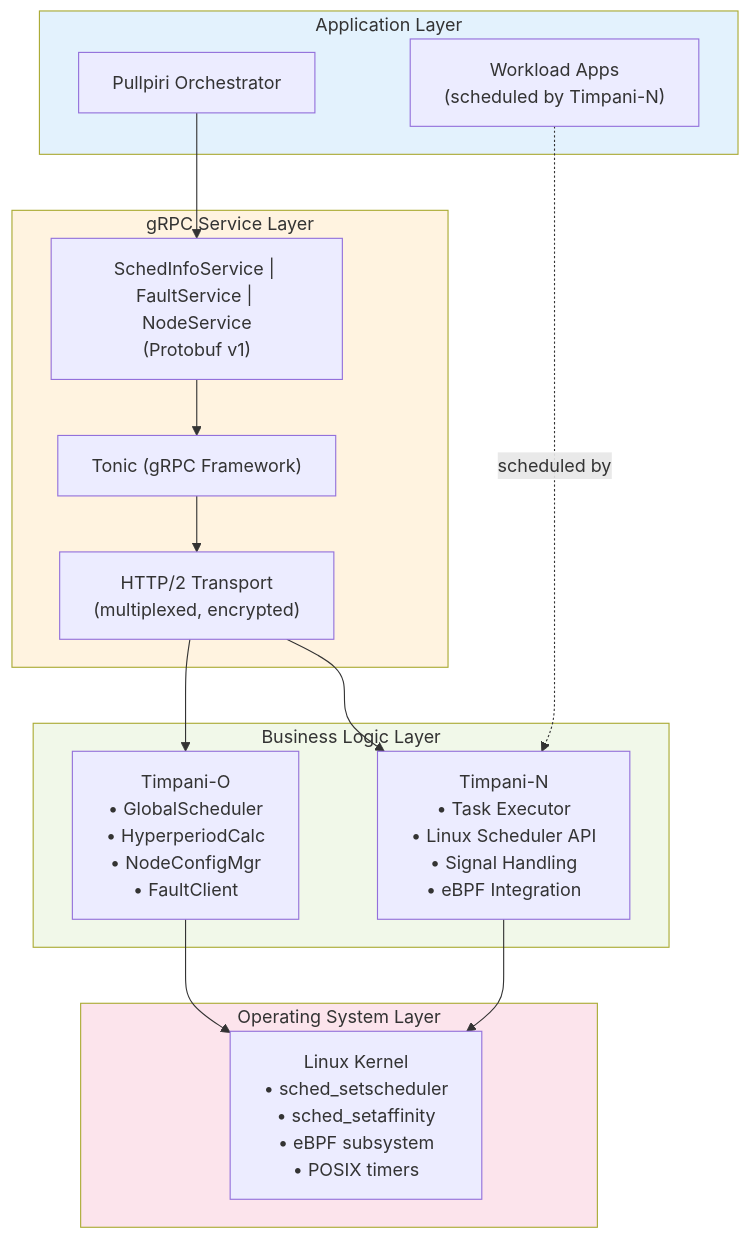
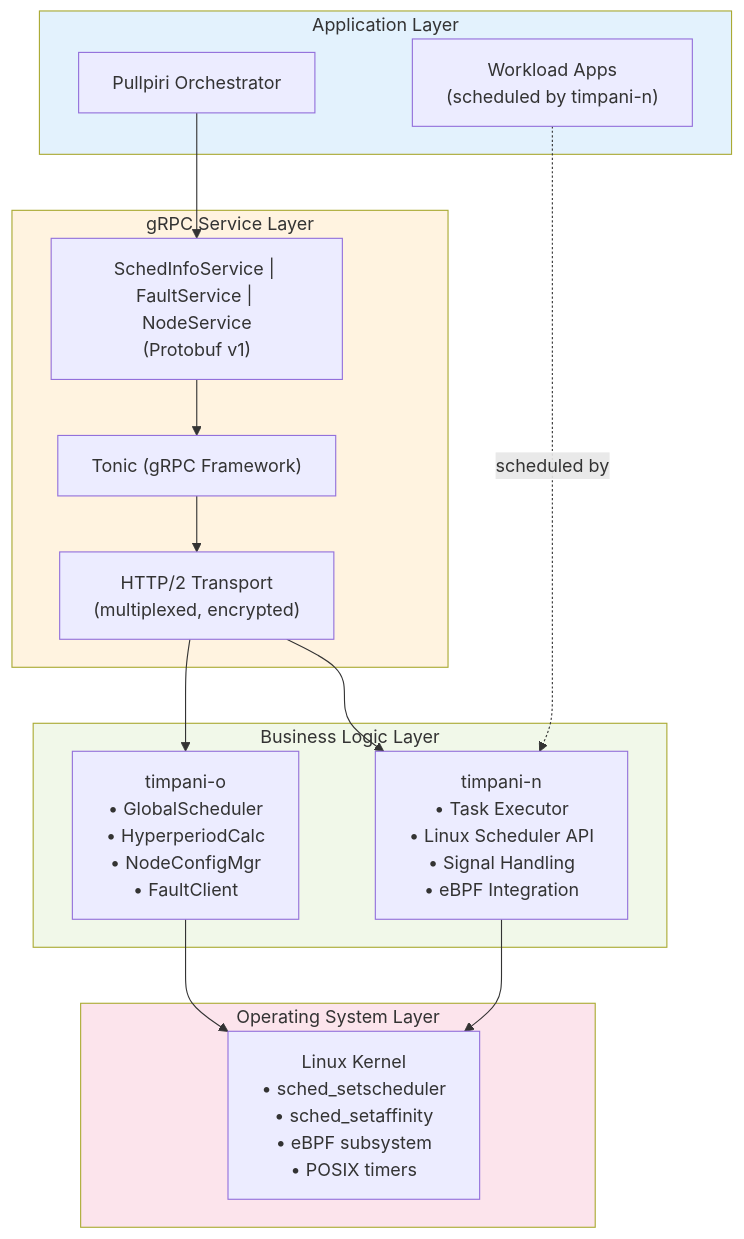
Before and after one commit to akshaylg0314/timpani-akshay: the fourth of 9 diagrams in doc/architecture/grpc_architecture.md, drawn with Mermaid. The commit also changed other lines of this file and 4 other files, not shown here.

Commit message:
docs: update documentation to standardize phases to steps in development and migration roadmaps

````diff
--- a/doc/architecture/grpc_architecture.md
+++ b/doc/architecture/grpc_architecture.md
@@ -217,36 +213,36 @@
 ```mermaid
 graph TD
     subgraph AppLayer["Application Layer"]
         Pullpiri["Pullpiri Orchestrator"]
-        WorkloadApps["Workload Apps<br/>(scheduled by Timpani-N)"]
+        WorkloadApps["Workload Apps<br/>(scheduled by timpani-n)"]
     end
 
     subgraph gRPCLayer["gRPC Service Layer"]
         Services["SchedInfoService | FaultService | NodeService<br/>(Protobuf v1)"]
         Tonic["Tonic (gRPC Framework)"]
         HTTP2["HTTP/2 Transport<br/>(multiplexed, encrypted)"]
         Services --> Tonic
         Tonic --> HTTP2
     end
 
     subgraph BusinessLayer["Business Logic Layer"]
-        TimpaniO["Timpani-O<br/>• GlobalScheduler<br/>• HyperperiodCalc<br/>• NodeConfigMgr<br/>• FaultClient"]
-        TimpaniN["Timpani-N<br/>• Task Executor<br/>• Linux Scheduler API<br/>• Signal Handling<br/>• eBPF Integration"]
+        TimpaniO["timpani-o<br/>• GlobalScheduler<br/>• HyperperiodCalc<br/>• NodeConfigMgr<br/>• FaultClient"]
+        TimpaniN["timpani-n<br/>• Task Executor<br/>• Linux Scheduler API<br/>• Signal Handling<br/>• eBPF Integration"]
     end
 
     subgraph OSLayer["Operating System Layer"]
         Kernel["Linux Kernel<br/>• sched_setscheduler<br/>• sched_setaffinity<br/>• eBPF subsystem<br/>• POSIX timers"]
     end
 
     Pullpiri --> Services
     HTTP2 --> TimpaniO
     HTTP2 --> TimpaniN
     TimpaniO --> Kernel
     TimpaniN --> Kernel
     WorkloadApps -.->|scheduled by| TimpaniN
 
     style AppLayer fill:#e3f2fd
     style gRPCLayer fill:#fff3e0
     style BusinessLayer fill:#f1f8e9
     style OSLayer fill:#fce4ec
 ```
````
